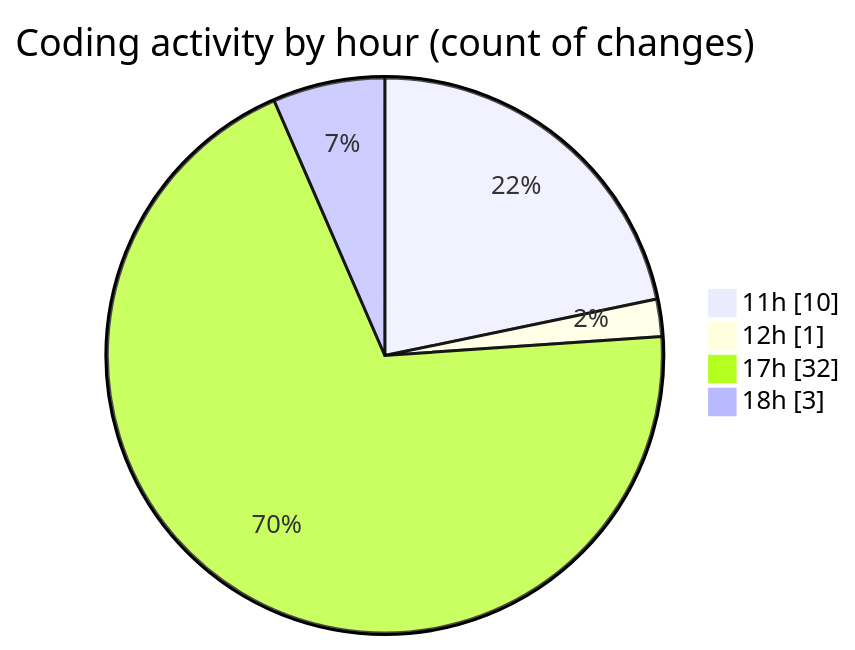
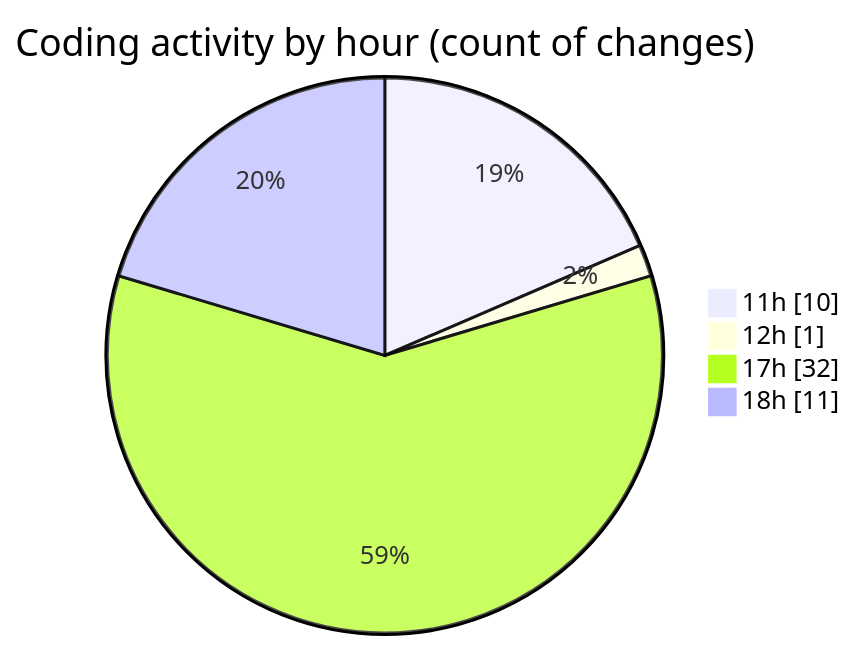
One commit to nxtqubesakshisongat/code-tracking changed the second of 2 diagrams in 2025-06-19/nxtqube_webapp/README.md. Above: the diagram before and after it, drawn with Mermaid. The commit also changed other lines of this file and 1 other file, not shown here.

````diff
--- a/2025-06-19/nxtqube_webapp/README.md
+++ b/2025-06-19/nxtqube_webapp/README.md
@@ -35,8 +36,8 @@
 ```mermaid
 pie showData
 title Coding activity by hour (count of changes)
 "11h" : 10
 "12h" : 1
 "17h" : 32
-"18h" : 3
+"18h" : 11
 ```
````
